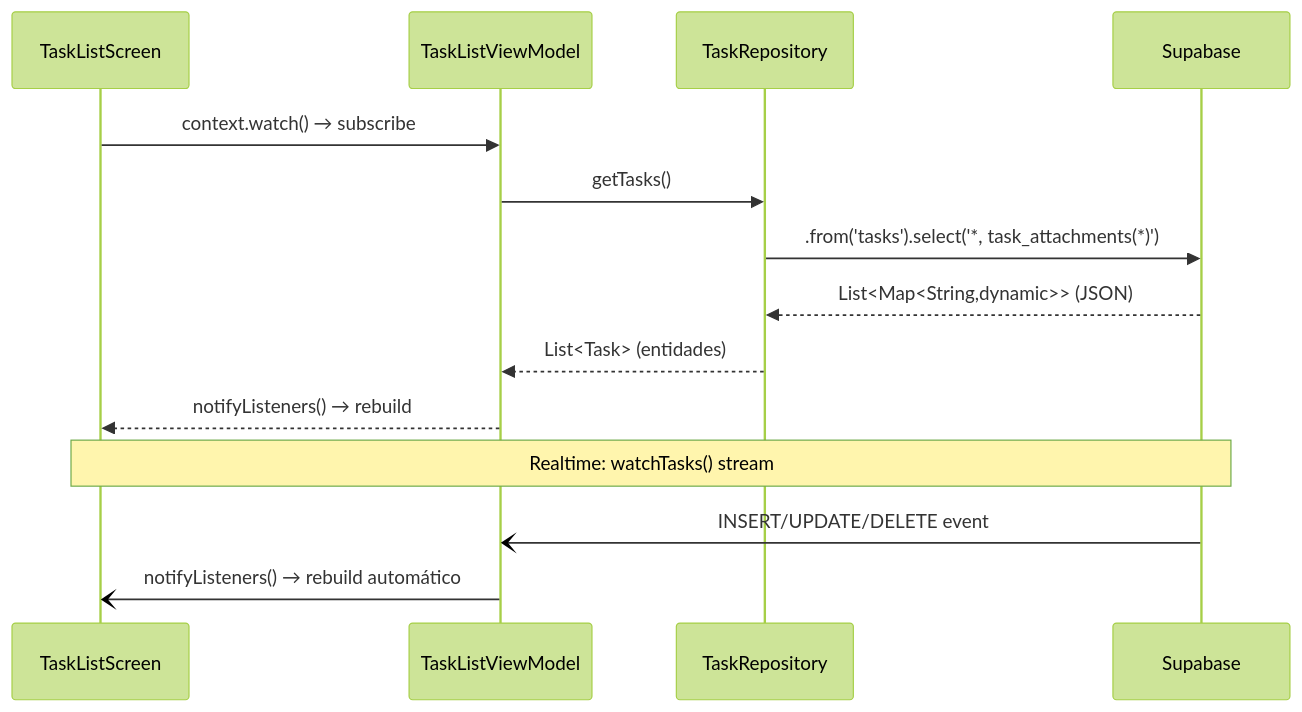
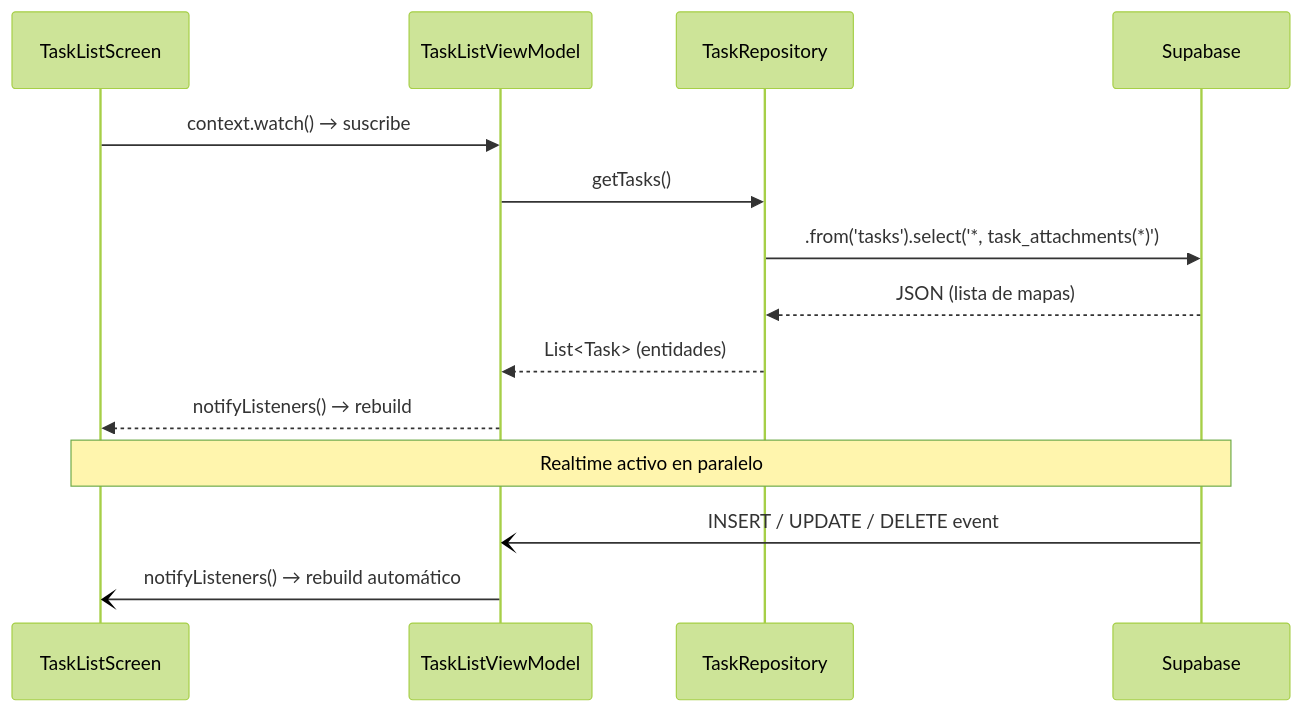
The second of 3 diagrams in README.md (sergiodev3/flutter_supabase_app_proyectos), drawn with Mermaid (forest theme) before and after one commit. The commit also changed other lines of this file, not shown here.

````diff
--- a/README.md
+++ b/README.md
@@ -60,17 +61,18 @@
 ```mermaid
 sequenceDiagram
-    participant V as TaskListScreen
+    participant V  as TaskListScreen
     participant VM as TaskListViewModel
-    participant R as TaskRepository
+    participant R  as TaskRepository
     participant SB as Supabase
 
-    V->>VM: context.watch() → subscribe
+    V->>VM: context.watch() → suscribe
     VM->>R: getTasks()
     R->>SB: .from('tasks').select('*, task_attachments(*)')
-    SB-->>R: List<Map<String,dynamic>> (JSON)
+    SB-->>R: JSON (lista de mapas)
     R-->>VM: List<Task> (entidades)
     VM-->>V: notifyListeners() → rebuild
-    Note over SB,V: Realtime: watchTasks() stream
-    SB-)VM: INSERT/UPDATE/DELETE event
+
+    Note over V,SB: Realtime activo en paralelo
+    SB-)VM: INSERT / UPDATE / DELETE event
     VM-)V: notifyListeners() → rebuild automático
 ```
````
